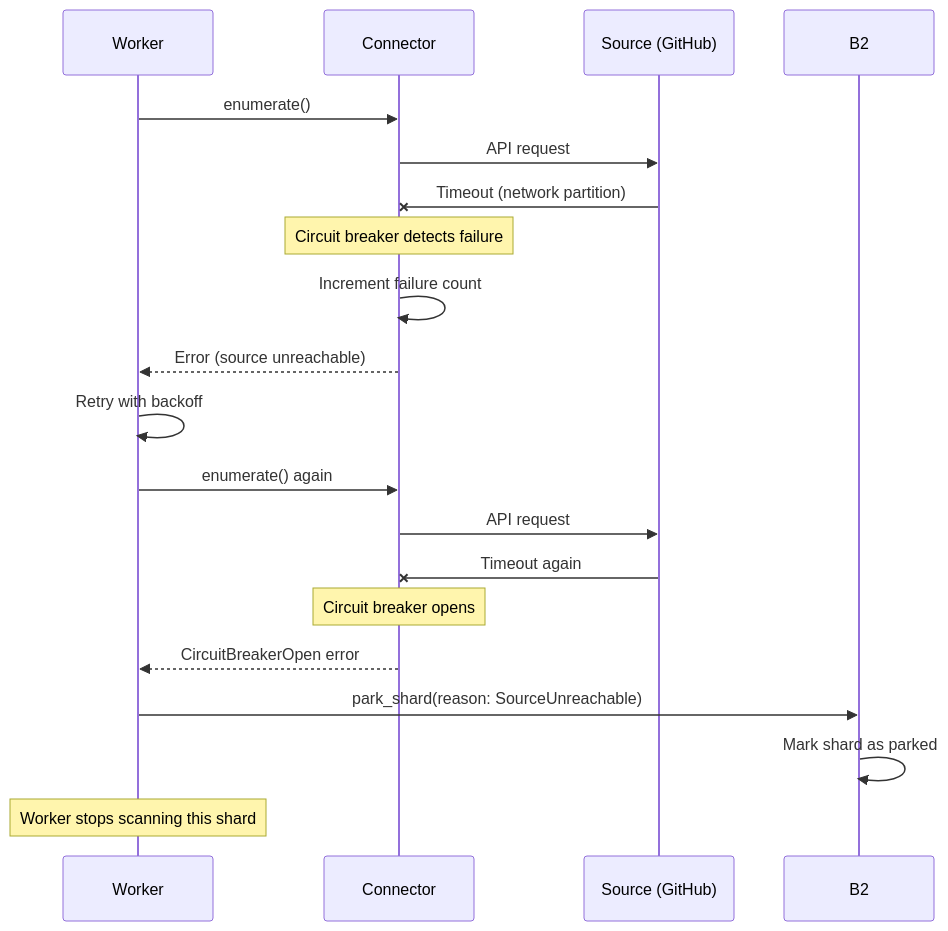
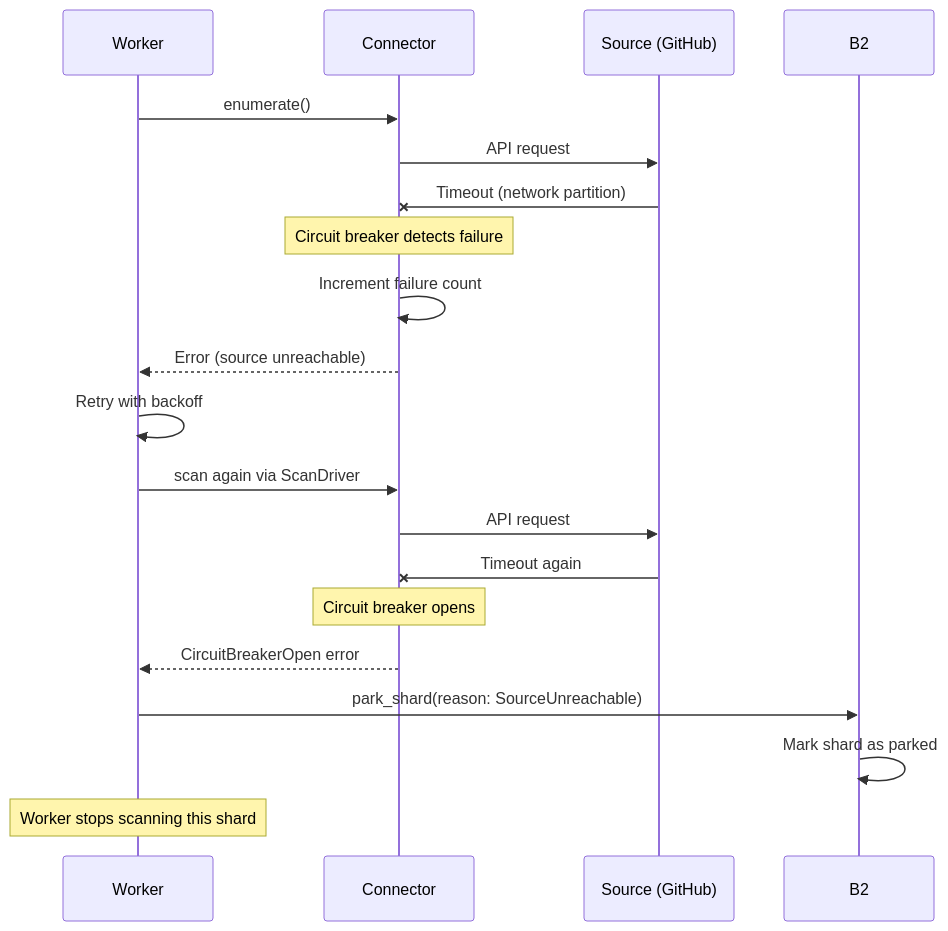
Before and after one commit to ahrav/gossip-rs-learning-guide: the third of 6 diagrams in 08-cross-cutting/03-failure-modes-and-recovery.md, drawn with Mermaid. The commit also changed other lines of this file and 14 other files, not shown here.

````diff
--- a/08-cross-cutting/03-failure-modes-and-recovery.md
+++ b/08-cross-cutting/03-failure-modes-and-recovery.md
@@ -180,26 +180,26 @@
 ```mermaid
 sequenceDiagram
     participant W as Worker
     participant B4 as Connector
     participant S as Source (GitHub)
 
     W->>B4: enumerate()
     B4->>S: API request
     S-xB4: Timeout (network partition)
 
     Note over B4: Circuit breaker detects failure
     B4->>B4: Increment failure count
     B4-->>W: Error (source unreachable)
 
     W->>W: Retry with backoff
-    W->>B4: enumerate() again
+    W->>B4: scan again via ScanDriver
     B4->>S: API request
     S-xB4: Timeout again
 
     Note over B4: Circuit breaker opens
     B4-->>W: CircuitBreakerOpen error
 
     W->>B2: park_shard(reason: SourceUnreachable)
     B2->>B2: Mark shard as parked
     Note over W: Worker stops scanning this shard
 ```
````
